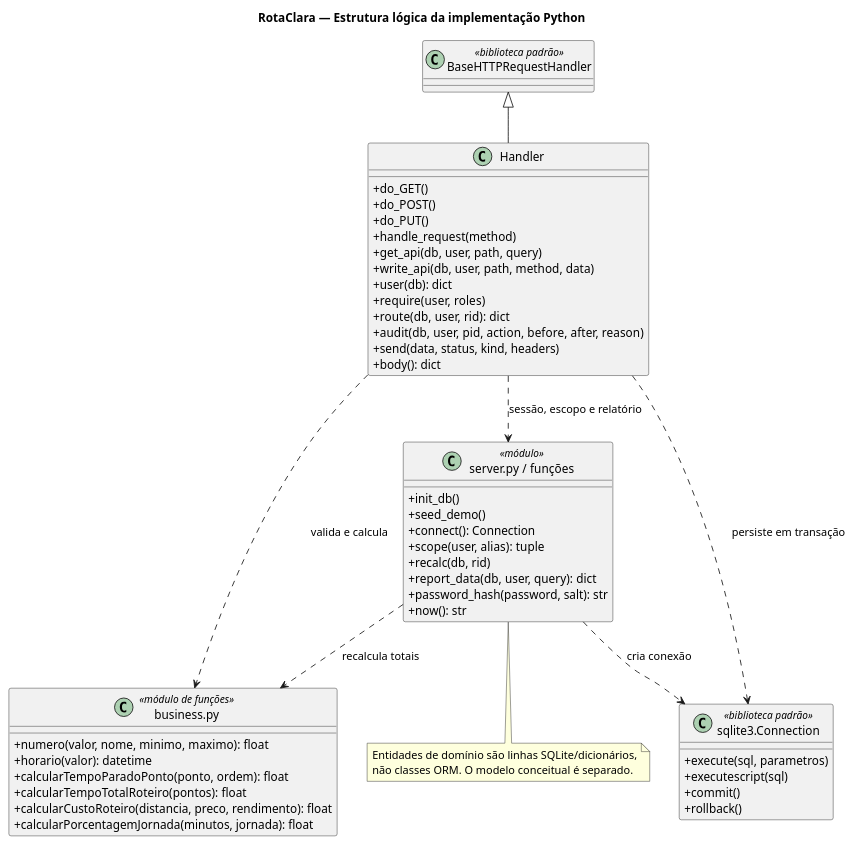
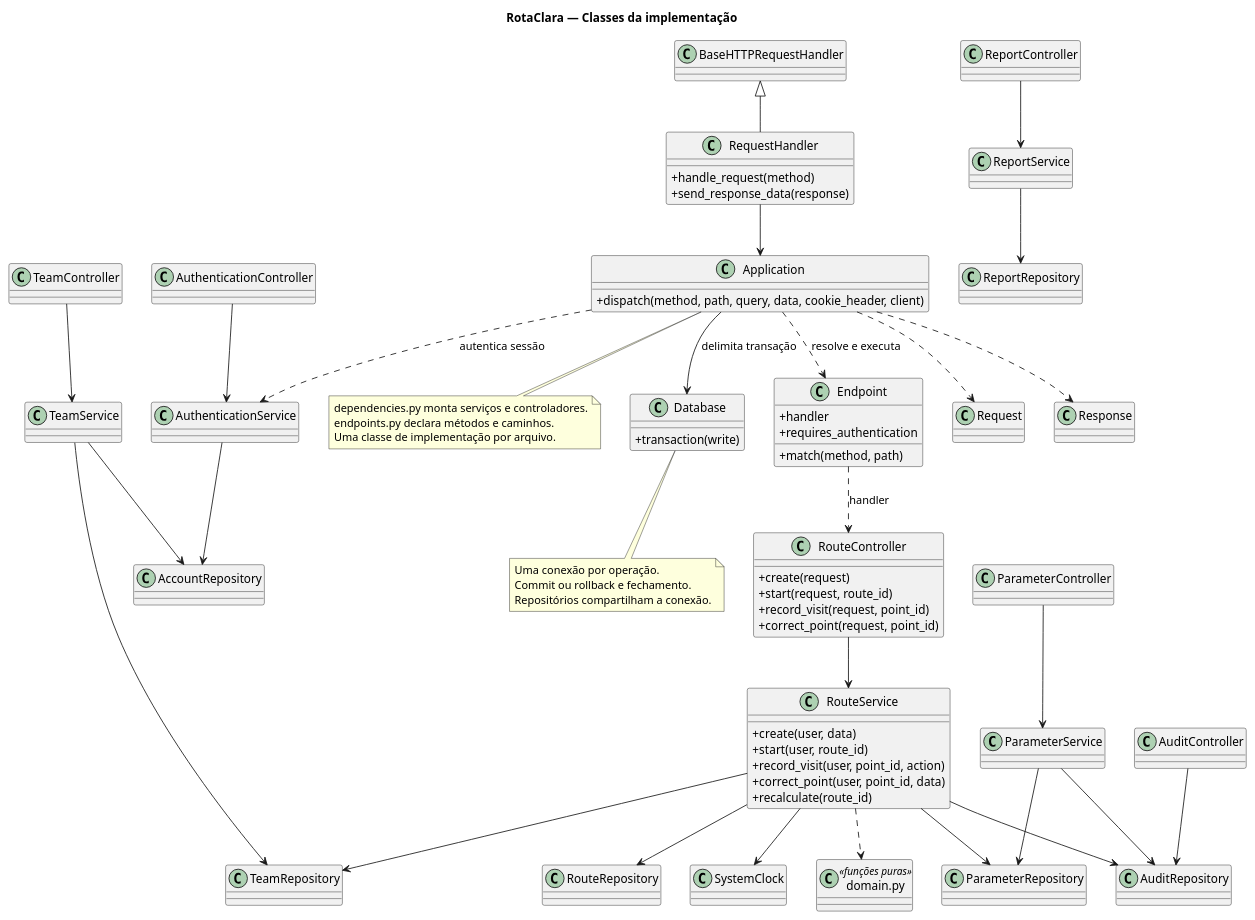
Before and after one commit to heitor582/rotaclara: the diagram in docs/diagramas/classes-detalhadas.puml, drawn with PlantUML. The commit also changed 62 other files, not shown here.

```diff
--- a/docs/diagramas/classes-detalhadas.puml
+++ b/docs/diagramas/classes-detalhadas.puml
@@ -1,53 +1,88 @@
 @startuml
 skinparam classAttributeIconSize 0
-title RotaClara — Estrutura lógica da implementação Python
-class BaseHTTPRequestHandler <<biblioteca padrão>>
-class Handler {
- +do_GET()
- +do_POST()
- +do_PUT()
+title RotaClara — Classes da implementação
+class BaseHTTPRequestHandler
+class RequestHandler {
  +handle_request(method)
- +get_api(db, user, path, query)
- +write_api(db, user, path, method, data)
- +user(db): dict
- +require(user, roles)
- +route(db, user, rid): dict
- +audit(db, user, pid, action, before, after, reason)
- +send(data, status, kind, headers)
- +body(): dict
+ +send_response_data(response)
 }
-class "business.py" as Business <<módulo de funções>> {
- +numero(valor, nome, minimo, maximo): float
- +horario(valor): datetime
- +calcularTempoParadoPonto(ponto, ordem): float
- +calcularTempoTotalRoteiro(pontos): float
- +calcularCustoRoteiro(distancia, preco, rendimento): float
- +calcularPorcentagemJornada(minutos, jornada): float
+class Application {
+ +dispatch(method, path, query, data, cookie_header, client)
 }
-class "server.py / funções" as Service <<módulo>> {
- +init_db()
- +seed_demo()
- +connect(): Connection
- +scope(user, alias): tuple
- +recalc(db, rid)
- +report_data(db, user, query): dict
- +password_hash(password, salt): str
- +now(): str
+class Endpoint {
+ +match(method, path)
+ +handler
+ +requires_authentication
 }
-class "sqlite3.Connection" as Conn <<biblioteca padrão>> {
- +execute(sql, parametros)
- +executescript(sql)
- +commit()
- +rollback()
+class Request
+class Response
+class RouteController {
+ +create(request)
+ +start(request, route_id)
+ +record_visit(request, point_id)
+ +correct_point(request, point_id)
 }
-BaseHTTPRequestHandler <|-- Handler
-Handler ..> Business : valida e calcula
-Handler ..> Service : sessão, escopo e relatório
-Service ..> Business : recalcula totais
-Service ..> Conn : cria conexão
-Handler ..> Conn : persiste em transação
-note bottom of Service
-  Entidades de domínio são linhas SQLite/dicionários,
-  não classes ORM. O modelo conceitual é separado.
+class AuthenticationController
+class TeamController
+class ParameterController
+class ReportController
+class AuditController
+class Database {
+ +transaction(write)
+}
+class RouteService {
+ +create(user, data)
+ +start(user, route_id)
+ +record_visit(user, point_id, action)
+ +correct_point(user, point_id, data)
+ +recalculate(route_id)
+}
+class TeamService
+class ParameterService
+class ReportService
+class AuthenticationService
+class RouteRepository
+class TeamRepository
+class ParameterRepository
+class ReportRepository
+class AccountRepository
+class AuditRepository
+class SystemClock
+class "domain.py" as Domain <<funções puras>>
+BaseHTTPRequestHandler <|-- RequestHandler
+RequestHandler --> Application
+Application --> Database : delimita transação
+RouteController --> RouteService
+TeamController --> TeamService
+ParameterController --> ParameterService
+ReportController --> ReportService
+Application ..> AuthenticationService : autentica sessão
+Application ..> Endpoint : resolve e executa
+Application ..> Request
+Application ..> Response
+Endpoint ..> RouteController : handler
+AuthenticationController --> AuthenticationService
+AuditController --> AuditRepository
+RouteService --> RouteRepository
+RouteService --> TeamRepository
+RouteService --> ParameterRepository
+RouteService --> AuditRepository
+RouteService --> SystemClock
+RouteService ..> Domain
+TeamService --> TeamRepository
+TeamService --> AccountRepository
+ParameterService --> ParameterRepository
+ParameterService --> AuditRepository
+ReportService --> ReportRepository
+AuthenticationService --> AccountRepository
+note bottom of Database
+  Uma conexão por operação.
+  Commit ou rollback e fechamento.
+  Repositórios compartilham a conexão.
+end note
+note bottom of Application
+  dependencies.py monta serviços e controladores.
+  endpoints.py declara métodos e caminhos.
+  Uma classe de implementação por arquivo.
 end note
 @enduml
```
